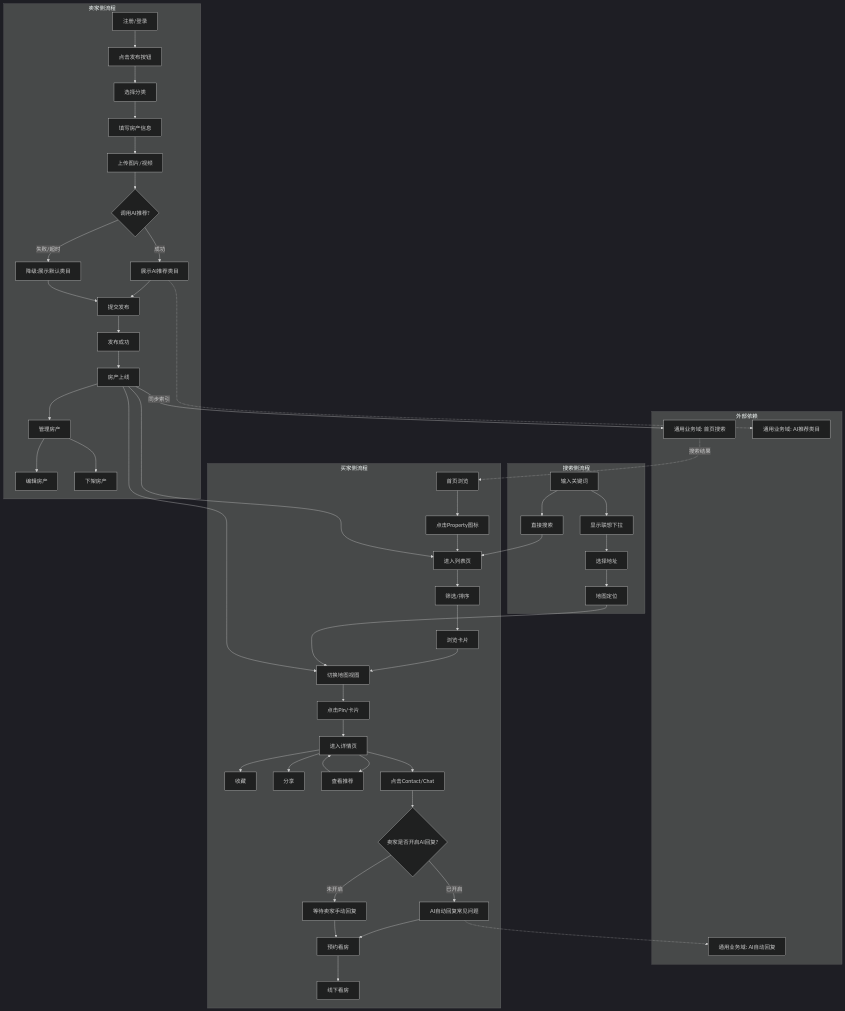
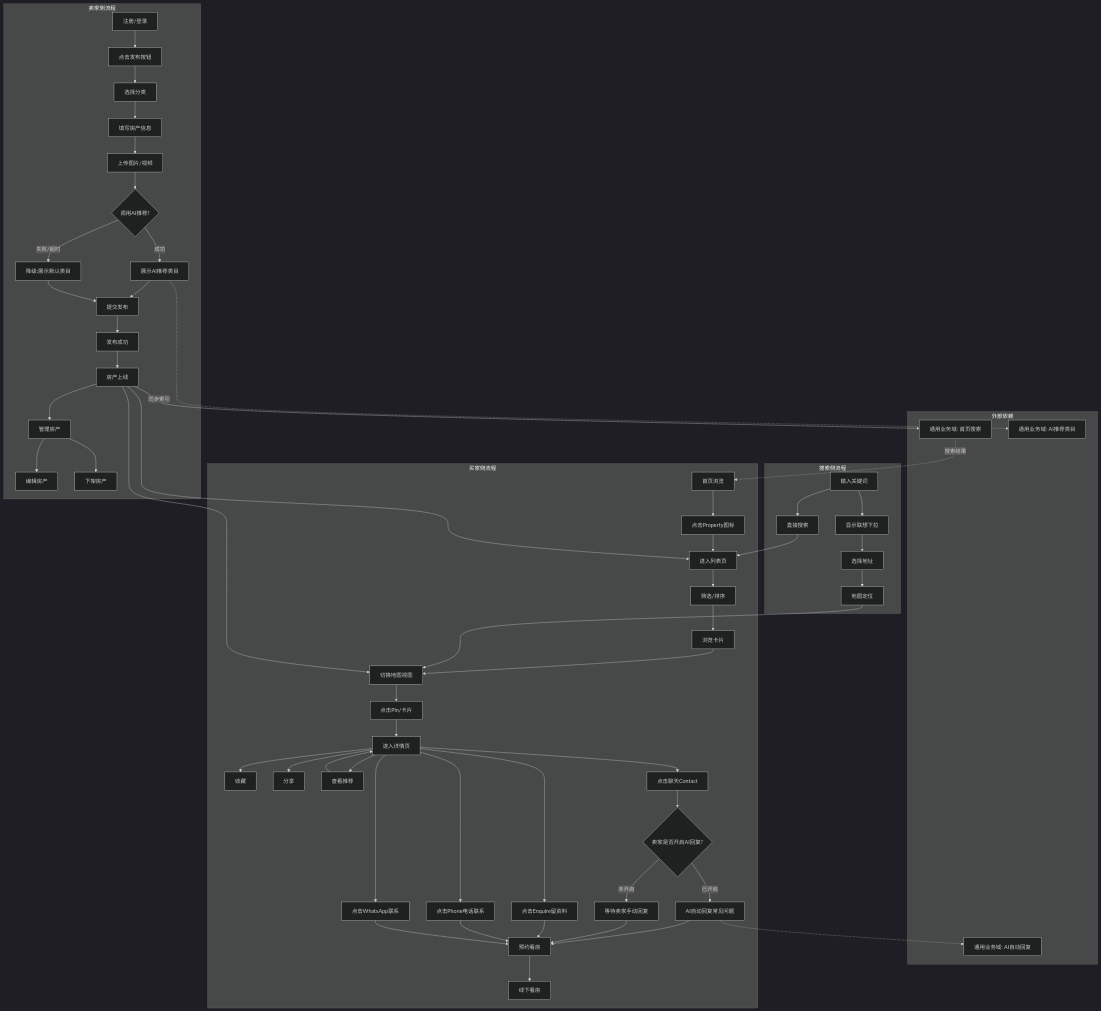
Before and after one commit to jiadan-user/jiacangku: the first of 3 diagrams in bundled/knowledge_base/业务知识图谱/房产业务域/房产业务全景.md, drawn with Mermaid (dark theme). The commit also changed other lines of this file, not shown here.

Commit message:
docs(房产): 补充买家多触达联系路径
在房产业务全景买家流程中补充 Enquire、Phone、WhatsApp 与聊天并行触达，并同步更新浏览流程步骤与关键观测点。

Made-with: Cursor

````diff
--- a/bundled/knowledge_base/业务知识图谱/房产业务域/房产业务全景.md
+++ b/bundled/knowledge_base/业务知识图谱/房产业务域/房产业务全景.md
@@ -42,60 +42,66 @@
 ```mermaid
 graph TB
     subgraph 外部依赖
         Search[通用业务域: 首页搜索]
         AI[通用业务域: AI推荐类目]
         Chat[通用业务域: AI自动回复]
     end
 
     subgraph 卖家侧流程
         A1[注册/登录] --> A2[点击发布按钮]
         A2 --> A3[选择分类]
         A3 --> A4[填写房产信息]
         A4 --> A5[上传图片/视频]
         A5 --> AI_Call{调用AI推荐?}
         AI_Call -->|成功| AI_Success[展示AI推荐类目] -.-> AI
         AI_Call -->|失败/超时| AI_Fail[降级:展示默认类目]
         AI_Success --> A6[提交发布]
         AI_Fail --> A6
         A6 --> A7[发布成功]
         A7 --> A8[房产上线]
         A8 -->|同步索引| Search
         A8 --> A9[管理房产]
         A9 --> A10[编辑房产]
         A9 --> A11[下架房产]
     end
     
     subgraph 买家侧流程
         Search -.->|搜索结果| B1
         B1[首页浏览] --> B2[点击Property图标]
         B2 --> B3[进入列表页]
         B3 --> B4[筛选/排序]
         B4 --> B5[浏览卡片]
         B5 --> B6[切换地图视图]
         B6 --> B7[点击Pin/卡片]
         B7 --> B8[进入详情页]
         B8 --> B9[收藏]
         B8 --> B10[分享]
         B8 --> B11[查看推荐]
         B11 --> B8
-        B8 --> B12[点击Contact/Chat]
+        B8 --> B12[点击聊天Contact]
+        B8 --> B12A[点击Enquire留资料]
+        B8 --> B12B[点击Phone电话联系]
+        B8 --> B12C[点击WhatsApp联系]
         B12 --> Chat_Call{卖家是否开启AI回复?}
         Chat_Call -->|已开启| Chat_Auto[AI自动回复常见问题] -.-> Chat
         Chat_Call -->|未开启| Chat_Manual[等待卖家手动回复]
         Chat_Auto --> B13[预约看房]
         Chat_Manual --> B13
+        B12A --> B13
+        B12B --> B13
+        B12C --> B13
         B13 --> B14[线下看房]
     end
     
     subgraph 搜索侧流程
         C1[输入关键词] --> C2[显示联想下拉]
         C2 --> C3[选择地址]
         C3 --> C4[地图定位]
         C4 --> B6
         C1 --> C5[直接搜索]
         C5 --> B3
     end
     
     A8 --> B3
     A8 --> B6
 ```
````
